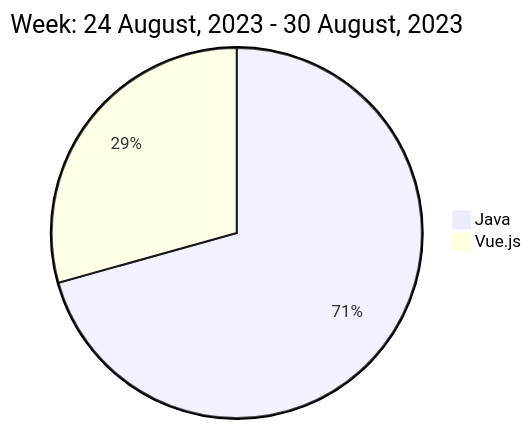
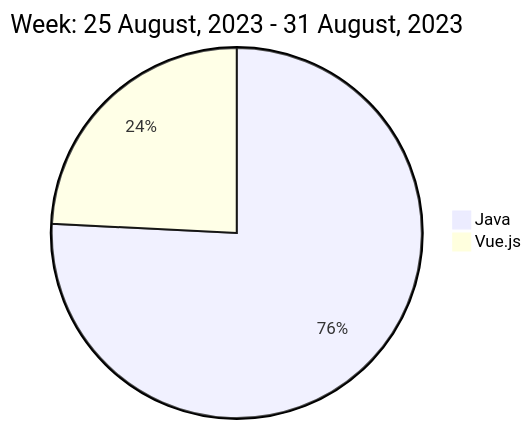
The diagram in README.md (liubin95/liubin95), drawn with Mermaid before and after one commit.

Commit message:
Updated the Graph with new Metrics

````diff
--- a/README.md
+++ b/README.md
@@ -40,6 +40,6 @@
 ```mermaid
  pie
-title Week: 24 August, 2023 - 30 August, 2023
- "Java" : 5.47
- "Vue.js" : 2.27
+title Week: 25 August, 2023 - 31 August, 2023
+ "Java" : 6.48
+ "Vue.js" : 2.07
 ```
````
